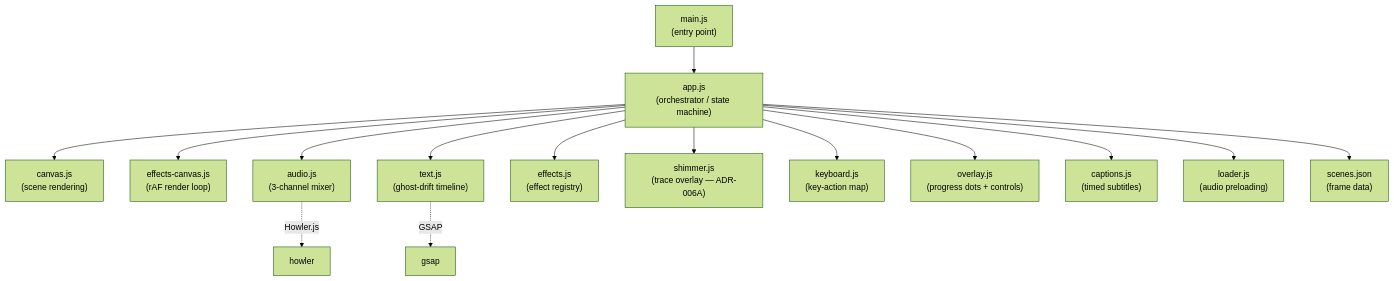
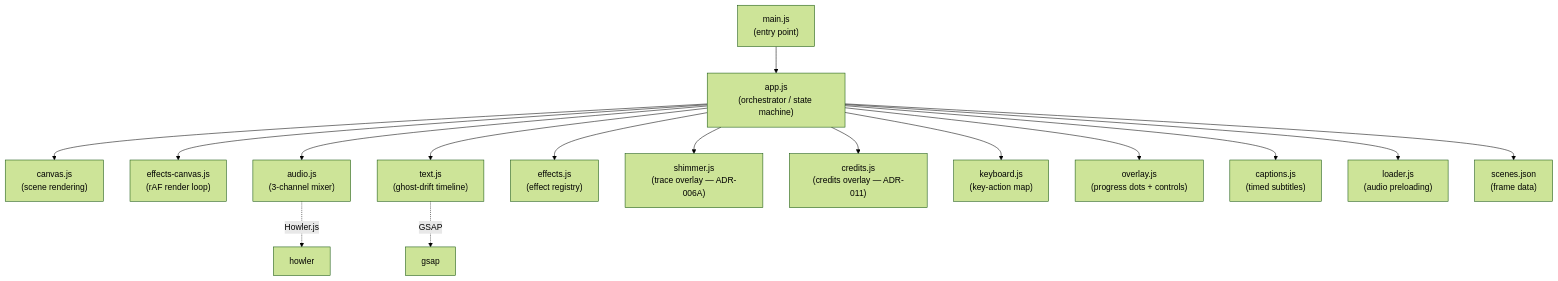
Before and after one commit to anchildress1/carbon-trace: the first of 4 diagrams in docs/architecture.md, drawn with Mermaid (forest theme). The commit also changed other lines of this file and 21 other files, not shown here.

First line of the commit message:
feat: credits overlay (#43)

````diff
--- a/docs/architecture.md
+++ b/docs/architecture.md
@@ -7,18 +7,19 @@
 ```mermaid
 graph TD
     main["main.js<br/>(entry point)"] --> app["app.js<br/>(orchestrator / state machine)"]
     app --> canvas["canvas.js<br/>(scene rendering)"]
     app --> effectsCanvas["effects-canvas.js<br/>(rAF render loop)"]
     app --> audio["audio.js<br/>(3-channel mixer)"]
     app --> text["text.js<br/>(ghost-drift timeline)"]
     app --> effects["effects.js<br/>(effect registry)"]
     app --> shimmer["shimmer.js<br/>(trace overlay — ADR-006A)"]
+    app --> credits["credits.js<br/>(credits overlay — ADR-011)"]
     app --> keyboard["keyboard.js<br/>(key-action map)"]
     app --> overlay["overlay.js<br/>(progress dots + controls)"]
     app --> captions["captions.js<br/>(timed subtitles)"]
     app --> loader["loader.js<br/>(audio preloading)"]
     app --> scenes["scenes.json<br/>(frame data)"]
 
     audio -.->|Howler.js| howler["howler"]
     text -.->|GSAP| gsap["gsap"]
 ```
````
